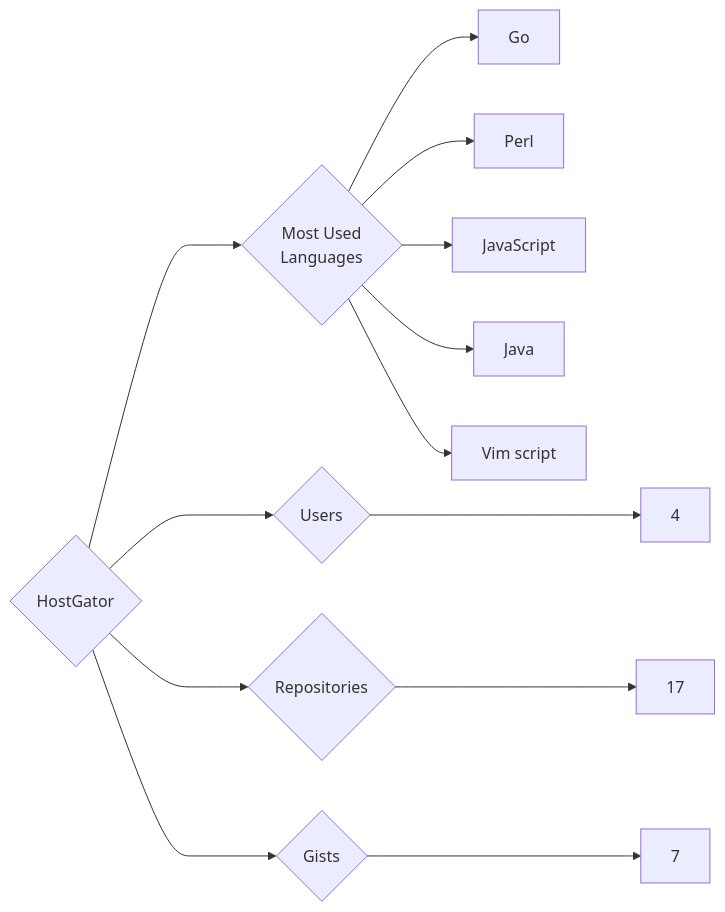
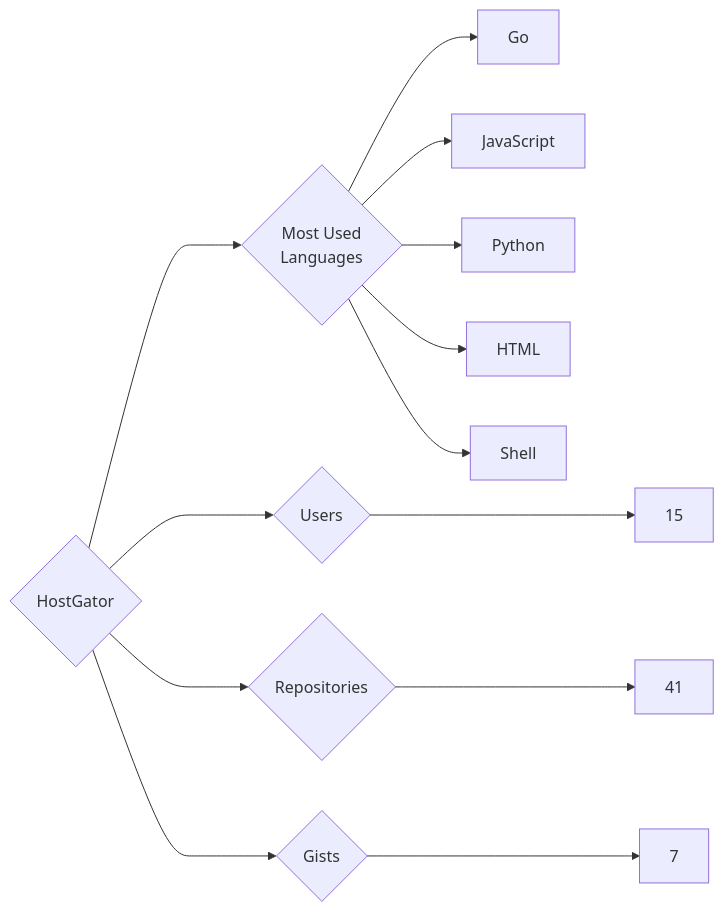
One commit to trickest/insiders changed the diagram in targets/HostGator/README.md. Above: the diagram before and after it, drawn with Mermaid. The commit also changed 873 other files, not shown here.

````diff
--- a/targets/HostGator/README.md
+++ b/targets/HostGator/README.md
@@ -3,13 +3,13 @@
 ```mermaid
 graph LR
 COMPANY_NAME{HostGator}
-COMPANY_NAME ---> U{Users} ---> UN[4]
-COMPANY_NAME ---> R{Repositories} ---> RN[17]
+COMPANY_NAME ---> U{Users} ---> UN[15]
+COMPANY_NAME ---> R{Repositories} ---> RN[41]
 COMPANY_NAME ---> G{Gists} ---> GN[7]
 COMPANY_NAME ---> ML{Most Used<br>Languages}
 ML --> Go[Go]
-ML --> Perl[Perl]
 ML --> JavaScript[JavaScript]
-ML --> Java[Java]
-ML --> Vim_script[Vim script]
+ML --> Python[Python]
+ML --> HTML[HTML]
+ML --> Shell[Shell]
 ```
````
